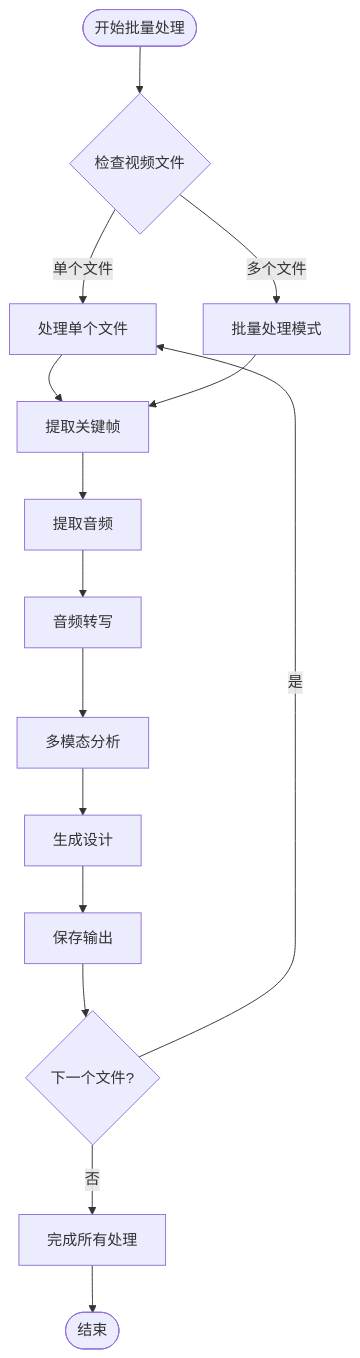
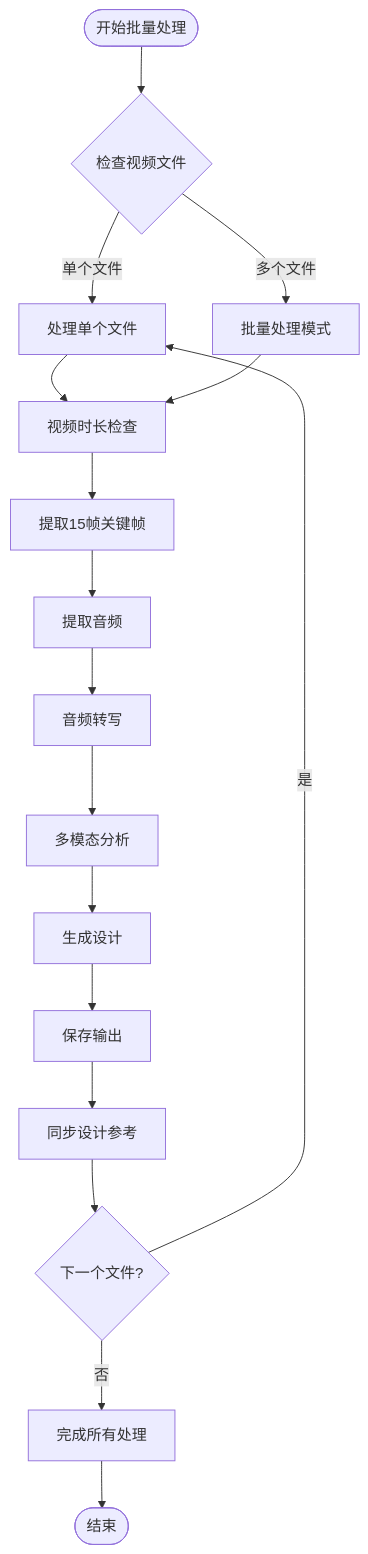
Before and after one commit to WongMingJiu/landingpage-test-hero-page: the seventh of 9 diagrams in .qoder/repowiki/zh/content/配置和定制/配置和定制.md, drawn with Mermaid. The commit also changed other lines of this file and 5 other files, not shown here.

Commit message:
feat: 更新 skill 支持双模式（视频分析+生图），更新 README

````diff
--- a/.qoder/repowiki/zh/content/配置和定制/配置和定制.md
+++ b/.qoder/repowiki/zh/content/配置和定制/配置和定制.md
@@ -329,17 +316,19 @@
 ```mermaid
 flowchart TD
 Start([开始批量处理]) --> CheckFiles{检查视频文件}
 CheckFiles --> |单个文件| ProcessSingle[处理单个文件]
 CheckFiles --> |多个文件| ProcessBatch[批量处理模式]
-ProcessSingle --> ExtractFrames[提取关键帧]
-ProcessBatch --> ExtractFrames
+ProcessSingle --> VideoCheck[视频时长检查]
+ProcessBatch --> VideoCheck
+VideoCheck --> ExtractFrames[提取15帧关键帧]
 ExtractFrames --> ExtractAudio[提取音频]
 ExtractAudio --> Transcribe[音频转写]
 Transcribe --> Analyze[多模态分析]
 Analyze --> Generate[生成设计]
 Generate --> SaveOutput[保存输出]
-SaveOutput --> NextFile{下一个文件?}
+SaveOutput --> SyncRefer[同步设计参考]
+SyncRefer --> NextFile{下一个文件?}
 NextFile --> |是| ProcessSingle
 NextFile --> |否| Complete[完成所有处理]
 Complete --> End([结束])
 ```
````
